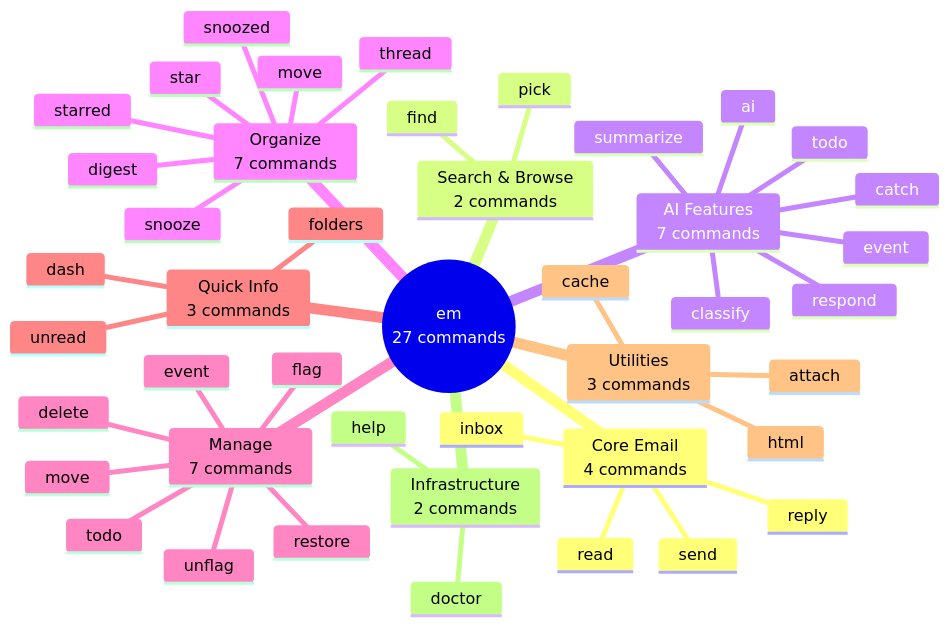
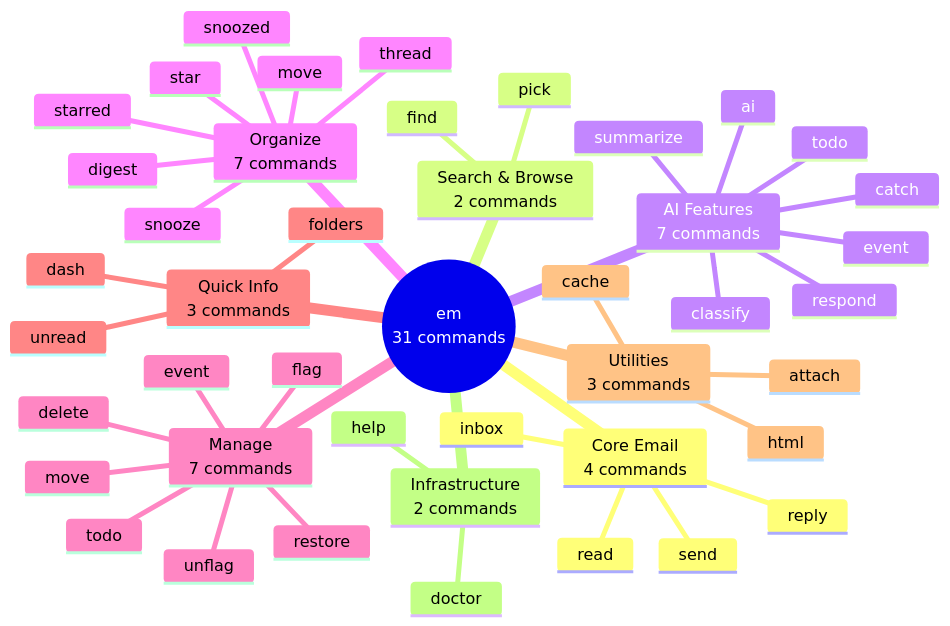
The first of 2 diagrams in docs/reference/REFCARD-EMAIL-DISPATCHER.md (Data-Wise/flow-cli), drawn with Mermaid before and after one commit. The commit also changed other lines of this file and 8 other files, not shown here.

````diff
--- a/docs/reference/REFCARD-EMAIL-DISPATCHER.md
+++ b/docs/reference/REFCARD-EMAIL-DISPATCHER.md
@@ -13,47 +13,47 @@
 ```mermaid
 mindmap
-  root((em<br/>27 commands))
+  root((em<br/>31 commands))
     Core Email<br/>4 commands
       inbox
       read
       send
       reply
     Search & Browse<br/>2 commands
       find
       pick
     AI Features<br/>7 commands
       respond
       classify
       summarize
       ai
       catch
       todo
       event
     Organize<br/>7 commands
       star
       starred
       move
       thread
       snooze
       snoozed
       digest
     Manage<br/>7 commands
       delete
       move
       restore
       flag
       unflag
       todo
       event
     Quick Info<br/>3 commands
       unread
       dash
       folders
     Utilities<br/>3 commands
       attach
       html
       cache
     Infrastructure<br/>2 commands
       doctor
       help
 ```
````
